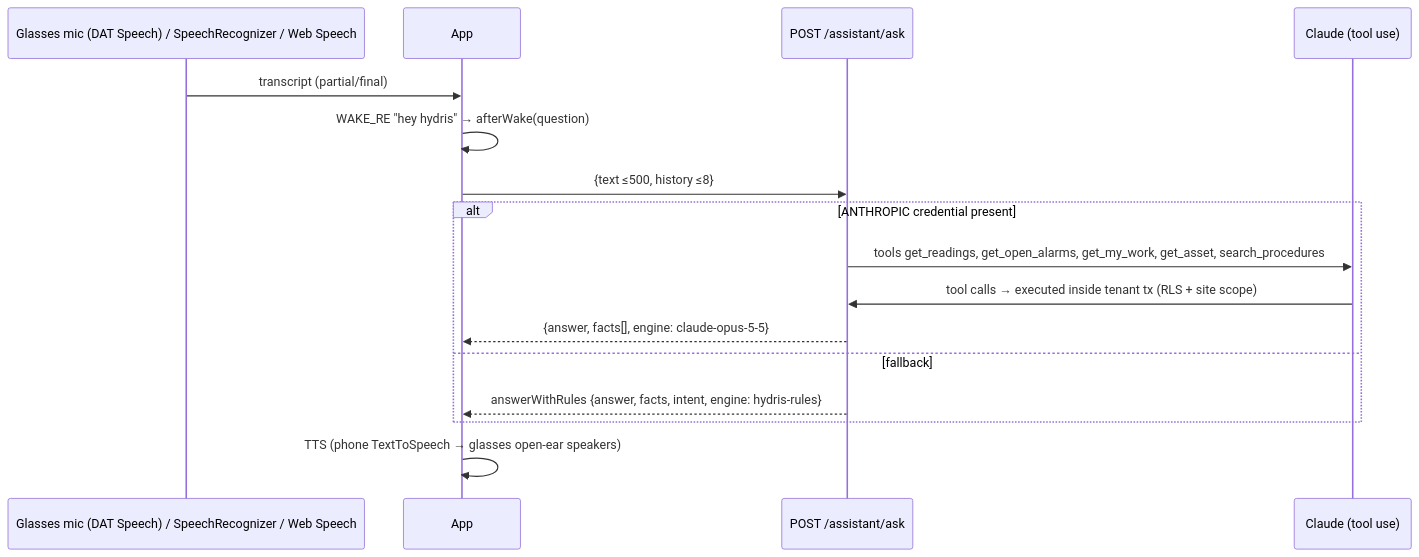
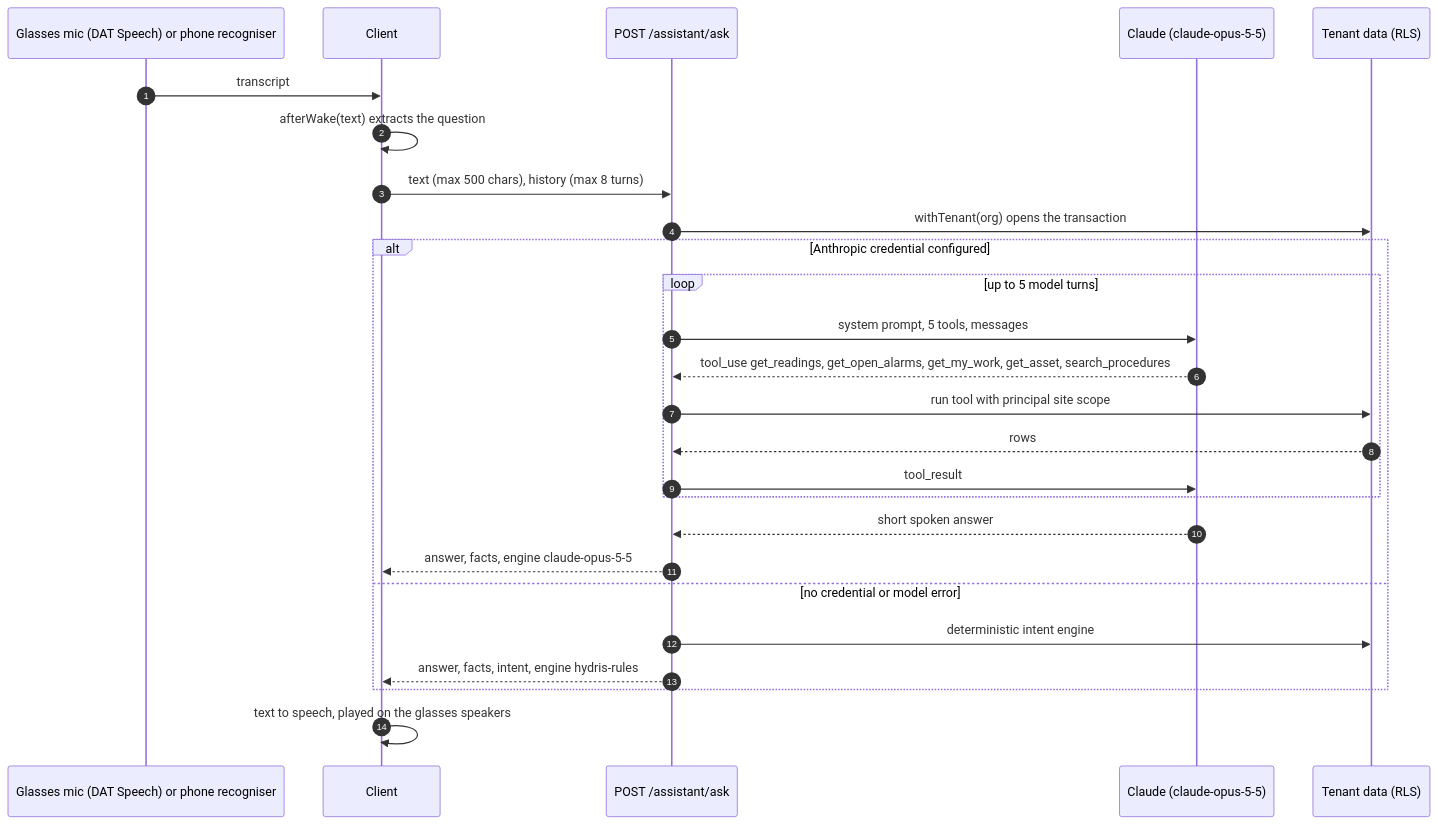
Before and after one commit to tarun-km/hydrisview: diagram 15 of 23 in docs/product/ARCHITECTURE.md, drawn with Mermaid. The commit also changed other lines of this file and 78 other files, not shown here.

````diff
--- a/docs/product/ARCHITECTURE.md
+++ b/docs/product/ARCHITECTURE.md
@@ -138,18 +762,29 @@
 ```mermaid
+%% caption: Voice assistant with tool use (modules/voice-assistant.ts). Tools run inside the caller's tenant transaction, so RLS and site scope apply to every lookup.
 sequenceDiagram
-  participant Mic as Glasses mic (DAT Speech) / SpeechRecognizer / Web Speech
-  participant App
+  autonumber
+  participant Mic as Glasses mic (DAT Speech) or phone recogniser
+  participant App as Client
   participant API as POST /assistant/ask
-  participant LLM as Claude (tool use)
-  Mic->>App: transcript (partial/final)
-  App->>App: WAKE_RE "hey hydris" → afterWake(question)
-  App->>API: {text ≤500, history ≤8}
-  alt ANTHROPIC credential present
-    API->>LLM: tools get_readings, get_open_alarms, get_my_work, get_asset, search_procedures
-    LLM->>API: tool calls → executed inside tenant tx (RLS + site scope)
-    API-->>App: {answer, facts[], engine: claude-opus-5-5}
-  else fallback
-    API-->>App: answerWithRules {answer, facts, intent, engine: hydris-rules}
+  participant LLM as Claude (claude-opus-5-5)
+  participant DB as Tenant data (RLS)
+  Mic->>App: transcript
+  App->>App: afterWake(text) extracts the question
+  App->>API: text (max 500 chars), history (max 8 turns)
+  API->>DB: withTenant(org) opens the transaction
+  alt Anthropic credential configured
+    loop up to 5 model turns
+      API->>LLM: system prompt, 5 tools, messages
+      LLM-->>API: tool_use get_readings, get_open_alarms, get_my_work, get_asset, search_procedures
+      API->>DB: run tool with principal site scope
+      DB-->>API: rows
+      API->>LLM: tool_result
+    end
+    LLM-->>API: short spoken answer
+    API-->>App: answer, facts, engine claude-opus-5-5
+  else no credential or model error
+    API->>DB: deterministic intent engine
+    API-->>App: answer, facts, intent, engine hydris-rules
   end
-  App->>App: TTS (phone TextToSpeech → glasses open-ear speakers)
+  App->>App: text to speech, played on the glasses speakers
 ```
````
